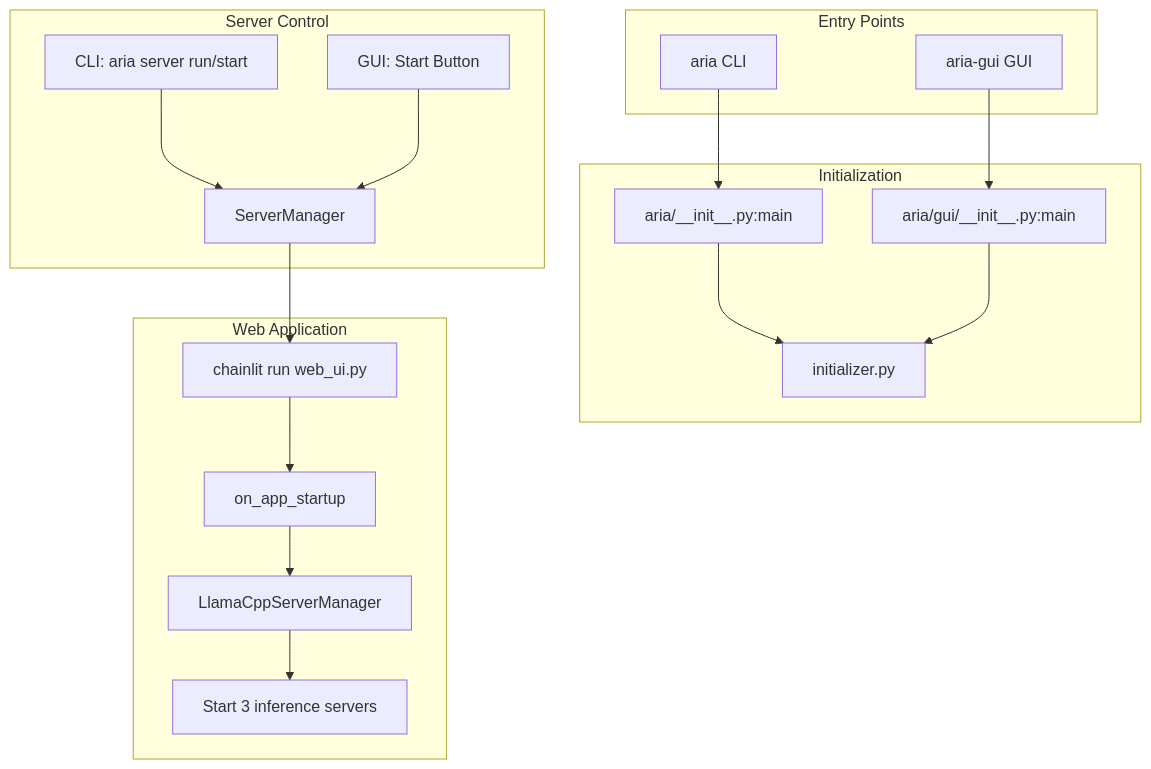
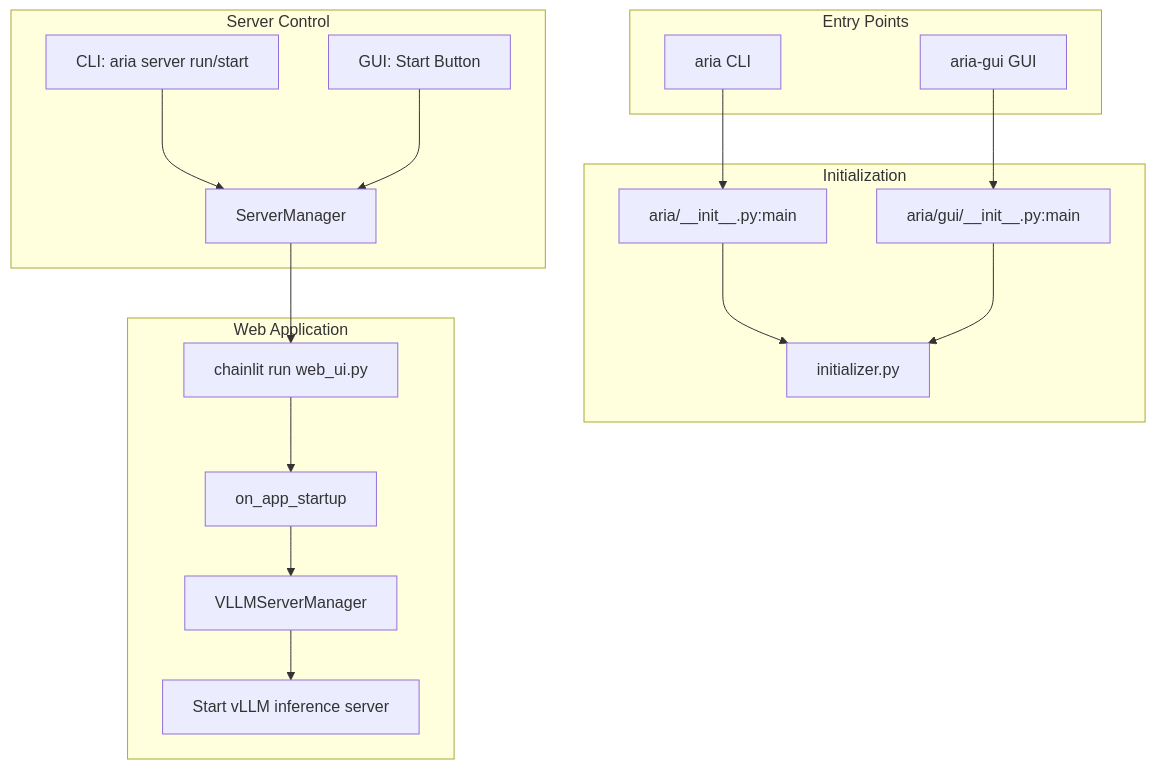
One commit to malvavisc0/aria changed the third of 3 diagrams in docs/startup-guide.md. Above: the diagram before and after it, drawn with Mermaid. The commit also changed other lines of this file and 5 other files, not shown here.

````diff
--- a/docs/startup-guide.md
+++ b/docs/startup-guide.md
@@ -245,37 +246,37 @@
 ```mermaid
 flowchart TD
     subgraph Entry Points
         A[aria CLI]
         B[aria-gui GUI]
     end
     
     subgraph Initialization
         C[aria/__init__.py:main]
         D[aria/gui/__init__.py:main]
         E[initializer.py]
     end
     
     subgraph Server Control
         F[CLI: aria server run/start]
         G[GUI: Start Button]
         H[ServerManager]
     end
     
     subgraph Web Application
         I[chainlit run web_ui.py]
         J[on_app_startup]
-        K[LlamaCppServerManager]
-        L[Start 3 inference servers]
+        K[VLLMServerManager]
+        L[Start vLLM inference server]
     end
     
     A --> C
     B --> D
     C --> E
     D --> E
     F --> H
     G --> H
     H --> I
     I --> J
     J --> K
     K --> L
 ```
````
